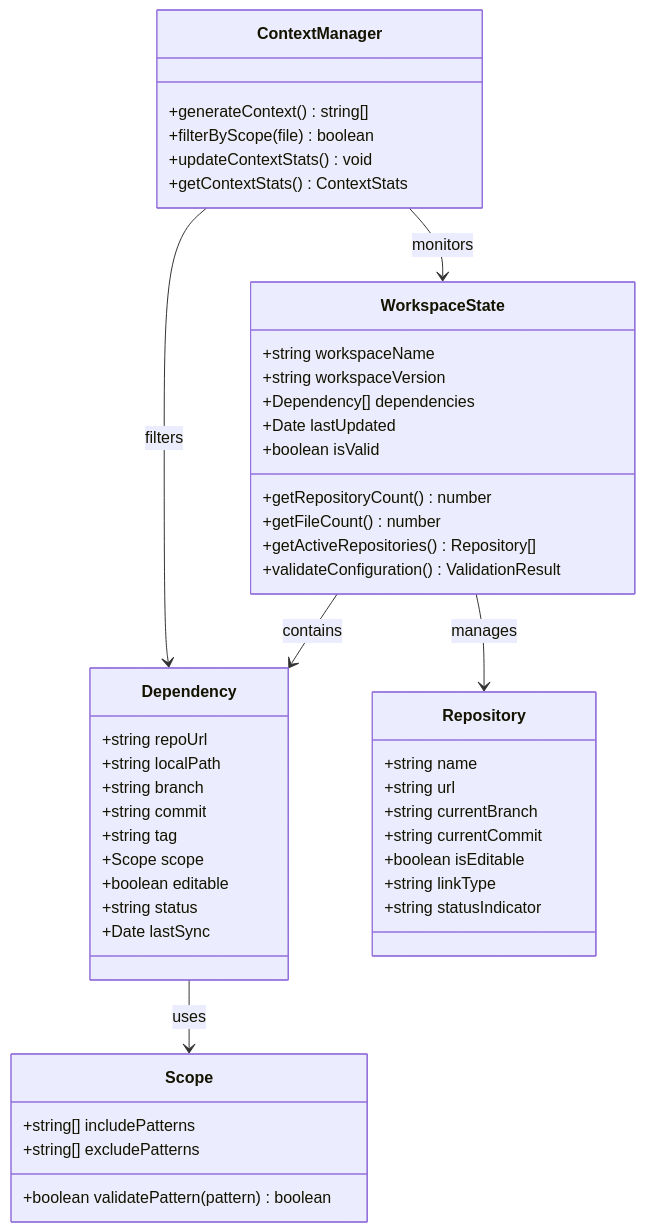
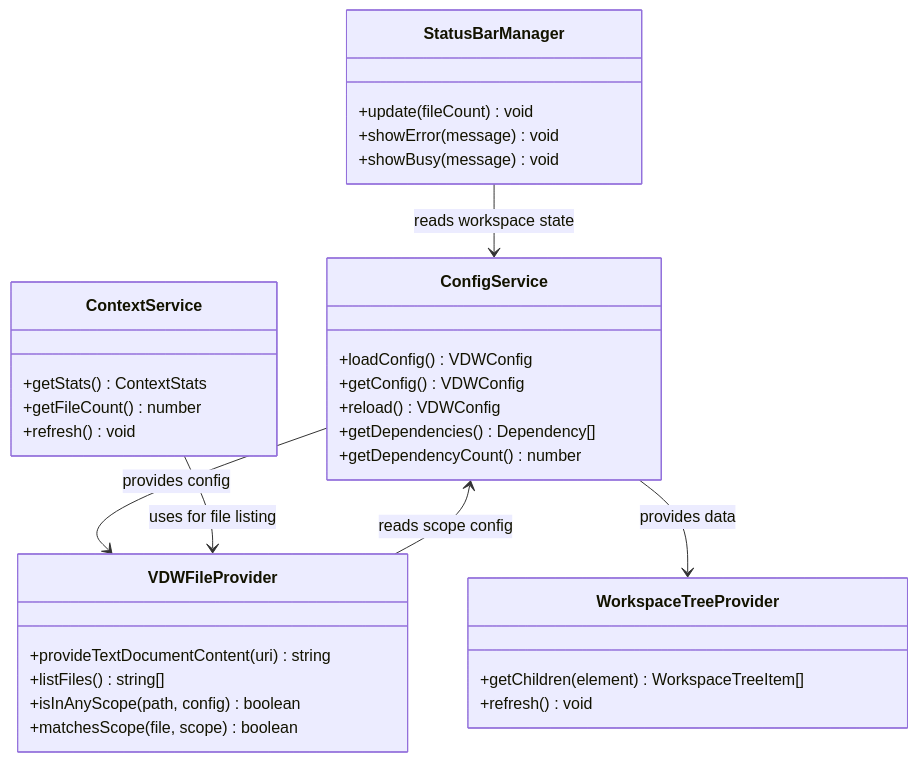
Before and after one commit to HWH-2019/vdw: the fourth of 6 diagrams in .qoder/repowiki/en/content/Core Features Documentation/VS Code Plugin Bridge & IDE Integration.md, drawn with Mermaid. The commit also changed other lines of this file and 23 other files, not shown here.

````diff
--- a/.qoder/repowiki/en/content/Core Features Documentation/VS Code Plugin Bridge & IDE Integration.md
+++ b/.qoder/repowiki/en/content/Core Features Documentation/VS Code Plugin Bridge & IDE Integration.md
@@ -228,50 +283,35 @@
 ```mermaid
 classDiagram
-class WorkspaceState {
-+string workspaceName
-+string workspaceVersion
-+Dependency[] dependencies
-+Date lastUpdated
-+boolean isValid
-+getRepositoryCount() number
+class ConfigService {
++loadConfig() VDWConfig
++getConfig() VDWConfig
++reload() VDWConfig
++getDependencies() Dependency[]
++getDependencyCount() number
+}
+class ContextService {
++getStats() ContextStats
 +getFileCount() number
-+getActiveRepositories() Repository[]
-+validateConfiguration() ValidationResult
++refresh() void
 }
-class Dependency {
-+string repoUrl
-+string localPath
-+string branch
-+string commit
-+string tag
-+Scope scope
-+boolean editable
-+string status
-+Date lastSync
+class VDWFileProvider {
++provideTextDocumentContent(uri) string
++listFiles() string[]
++isInAnyScope(path, config) boolean
++matchesScope(file, scope) boolean
 }
-class Scope {
-+string[] includePatterns
-+string[] excludePatterns
-+boolean validatePattern(pattern) boolean
+class WorkspaceTreeProvider {
++getChildren(element) WorkspaceTreeItem[]
++refresh() void
 }
-class Repository {
-+string name
-+string url
-+string currentBranch
-+string currentCommit
-+boolean isEditable
-+string linkType
-+string statusIndicator
+class StatusBarManager {
++update(fileCount) void
++showError(message) void
++showBusy(message) void
 }
-class ContextManager {
-+generateContext() string[]
-+filterByScope(file) boolean
-+updateContextStats() void
-+getContextStats() ContextStats
-}
-WorkspaceState --> Dependency : contains
-Dependency --> Scope : uses
-WorkspaceState --> Repository : manages
-ContextManager --> WorkspaceState : monitors
-ContextManager --> Dependency : filters
+ConfigService --> VDWFileProvider : provides config
+ConfigService --> WorkspaceTreeProvider : provides data
+ContextService --> VDWFileProvider : uses for file listing
+VDWFileProvider --> ConfigService : reads scope config
+StatusBarManager --> ConfigService : reads workspace state
 ```
````
